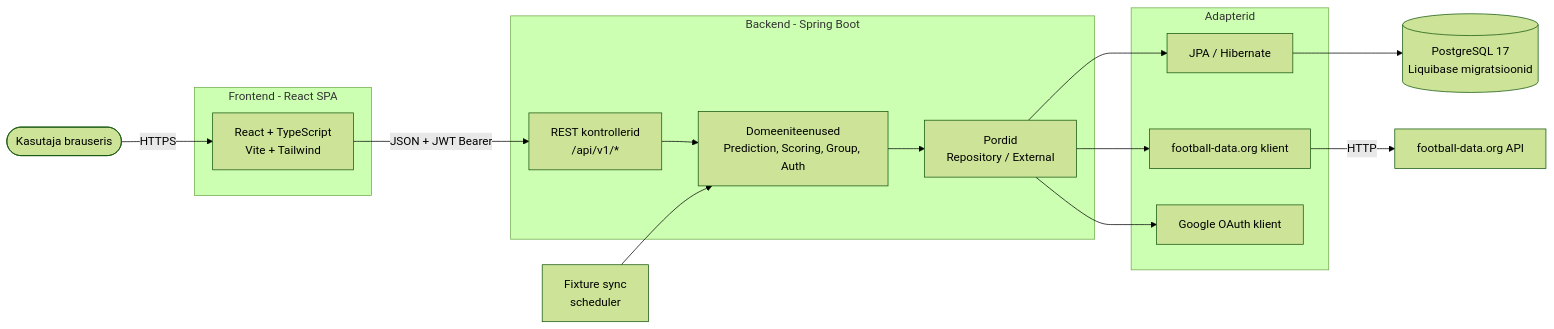
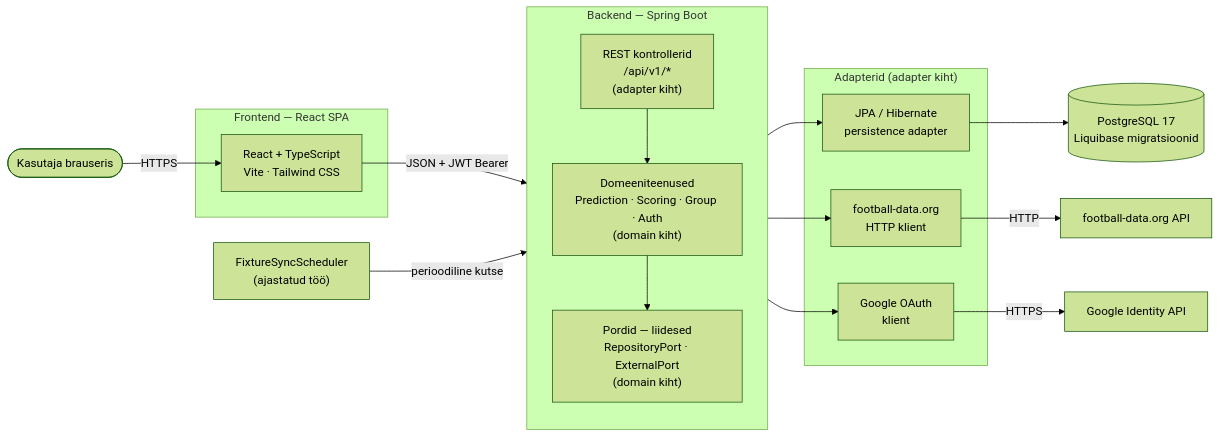
One commit to Shrampus/Predict-o-rama changed the first of 4 diagrams in docs/presentation-technical.md. Above: the diagram before and after it, drawn with Mermaid (forest theme). The commit also changed other lines of this file, not shown here.

````diff
--- a/docs/presentation-technical.md
+++ b/docs/presentation-technical.md
@@ -54,35 +44,35 @@
 ```mermaid
 flowchart LR
     User([Kasutaja brauseris])
 
-    subgraph Frontend["Frontend - React SPA"]
-        UI[React + TypeScript<br/>Vite + Tailwind]
+    subgraph FE["Frontend — React SPA"]
+        UI[React + TypeScript<br/>Vite · Tailwind CSS]
     end
 
-    subgraph Backend["Backend - Spring Boot"]
-        REST[REST kontrollerid<br/>/api/v1/*]
-        Domain[Domeeniteenused<br/>Prediction, Scoring, Group, Auth]
-        Ports[Pordid<br/>Repository / External]
+    subgraph BE["Backend — Spring Boot"]
+        direction TB
+        REST["REST kontrollerid<br/>/api/v1/*<br/>(adapter kiht)"]
+        Domain["Domeeniteenused<br/>Prediction · Scoring · Group · Auth<br/>(domain kiht)"]
+        Ports["Pordid — liidesed<br/>RepositoryPort · ExternalPort<br/>(domain kiht)"]
+        REST --> Domain --> Ports
     end
 
-    subgraph Adapters["Adapterid"]
-        JPA[JPA / Hibernate]
-        FD[football-data.org klient]
-        GOOG[Google OAuth klient]
+    subgraph Adapters["Adapterid (adapter kiht)"]
+        JPA[JPA / Hibernate<br/>persistence adapter]
+        FD[football-data.org<br/>HTTP klient]
+        GOOG[Google OAuth<br/>klient]
     end
 
     DB[(PostgreSQL 17<br/>Liquibase migratsioonid)]
-    External[football-data.org API]
+    ExtAPI[football-data.org API]
+    GoogleAuth[Google Identity API]
+    Scheduler["FixtureSyncScheduler<br/>(ajastatud töö)"]
 
     User -->|HTTPS| UI
-    UI -->|JSON + JWT Bearer| REST
-    REST --> Domain
-    Domain --> Ports
-    Ports --> JPA
-    Ports --> FD
-    Ports --> GOOG
+    UI -->|"JSON + JWT Bearer"| REST
+    Ports --> JPA & FD & GOOG
     JPA --> DB
-    FD -->|HTTP| External
-
-    Scheduler[Fixture sync<br/>scheduler] --> Domain
+    FD -->|HTTP| ExtAPI
+    GOOG -->|HTTPS| GoogleAuth
+    Scheduler -->|"perioodiline kutse"| Domain
 ```
````
